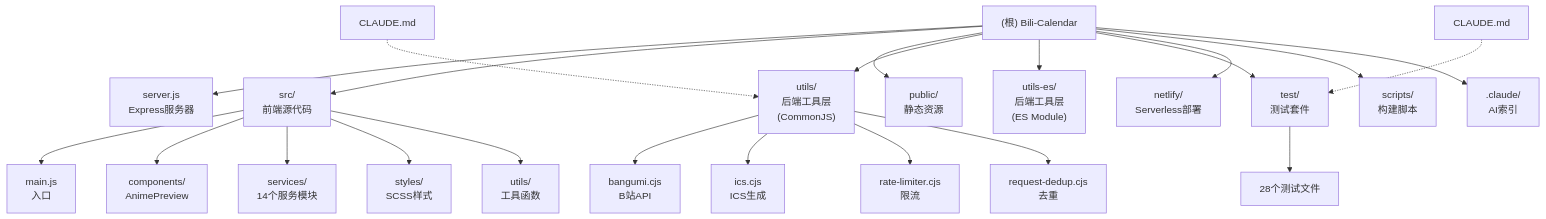
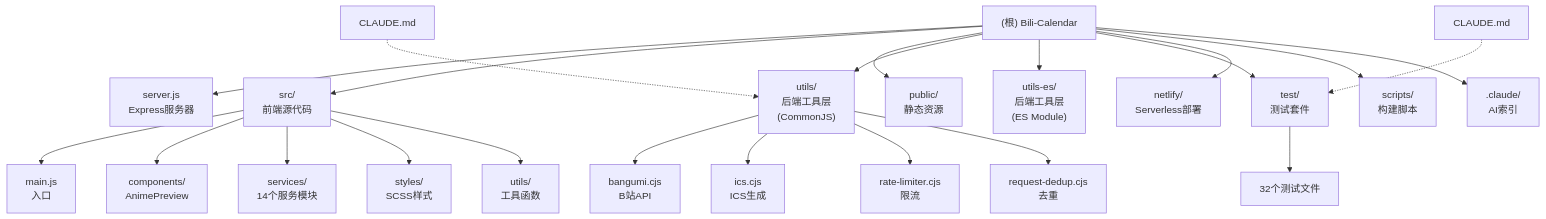
One commit to Silentely/Bili-Calendar changed the diagram in CLAUDE.md. Above: the diagram before and after it, drawn with Mermaid. The commit also changed other lines of this file and 23 other files, not shown here.

````diff
--- a/CLAUDE.md
+++ b/CLAUDE.md
@@ -232,31 +263,31 @@
 ```mermaid
 graph TD
     Root["(根) Bili-Calendar"] --> Server["server.js<br/>Express服务器"]
     Root --> Src["src/<br/>前端源代码"]
     Root --> Public["public/<br/>静态资源"]
     Root --> Utils["utils/<br/>后端工具层<br/>(CommonJS)"]
     Root --> UtilsES["utils-es/<br/>后端工具层<br/>(ES Module)"]
     Root --> Test["test/<br/>测试套件"]
     Root --> Netlify["netlify/<br/>Serverless部署"]
     Root --> Scripts["scripts/<br/>构建脚本"]
     Root --> Claude[".claude/<br/>AI索引"]
 
     Src --> SrcMain["main.js<br/>入口"]
     Src --> SrcComponents["components/<br/>AnimePreview"]
     Src --> SrcServices["services/<br/>14个服务模块"]
     Src --> SrcStyles["styles/<br/>SCSS样式"]
     Src --> SrcUtils["utils/<br/>工具函数"]
 
     Utils --> Bangumi["bangumi.cjs<br/>B站API"]
     Utils --> Ics["ics.cjs<br/>ICS生成"]
     Utils --> RateLimiter["rate-limiter.cjs<br/>限流"]
     Utils --> RequestDedup["request-dedup.cjs<br/>去重"]
 
-    Test --> TestFiles["28个测试文件"]
+    Test --> TestFiles["32个测试文件"]
 
     UtilsCLAUDE["CLAUDE.md"] -.-> Utils
     TestCLAUDE["CLAUDE.md"] -.-> Test
 
     click Utils "./utils/CLAUDE.md" "查看工具层文档"
     click Test "./test/CLAUDE.md" "查看测试文档"
 ```
````
